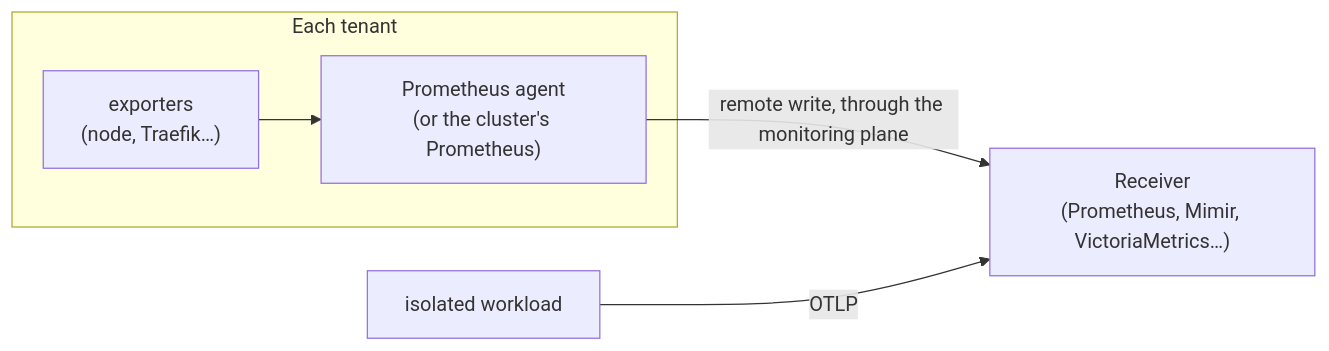
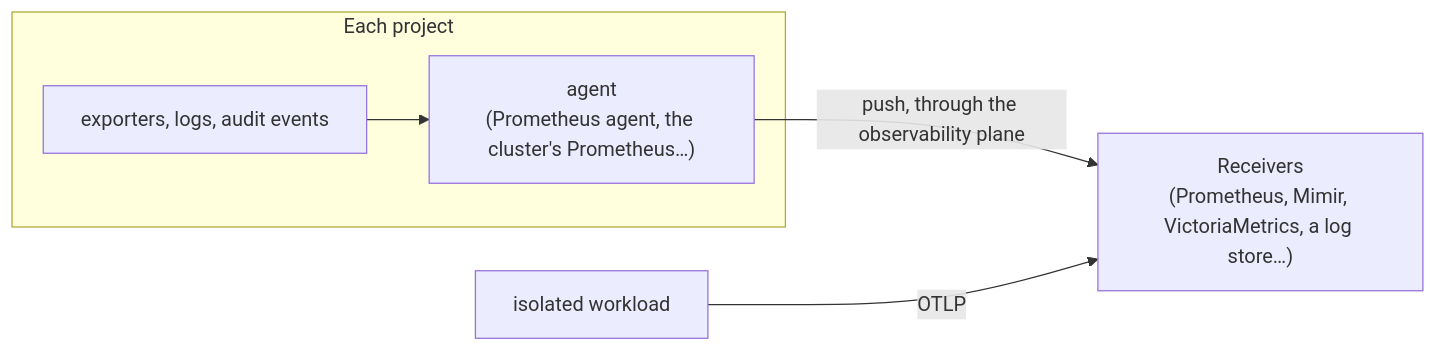
One commit to CyprisTech/openstack-multitenant-reference changed the sixth of 10 diagrams in docs/concepts/architecture.md. Above: the diagram before and after it, drawn with Mermaid. The commit also changed other lines of this file and 45 other files, not shown here.

````diff
--- a/docs/concepts/architecture.md
+++ b/docs/concepts/architecture.md
@@ -151,8 +166,8 @@
 ```mermaid
 flowchart LR
-    subgraph T["Each tenant"]
-        X["exporters<br/>(node, Traefik…)"] --> A["Prometheus agent<br/>(or the cluster's Prometheus)"]
+    subgraph T["Each project"]
+        X["exporters, logs, audit events"] --> A["agent<br/>(Prometheus agent, the cluster's Prometheus…)"]
     end
-    A -->|"remote write, through the monitoring plane"| R["Receiver<br/>(Prometheus, Mimir, VictoriaMetrics…)"]
+    A -->|"push, through the observability plane"| R["Receivers<br/>(Prometheus, Mimir, VictoriaMetrics, a log store…)"]
     I["isolated workload"] -->|"OTLP"| R
 ```
````
